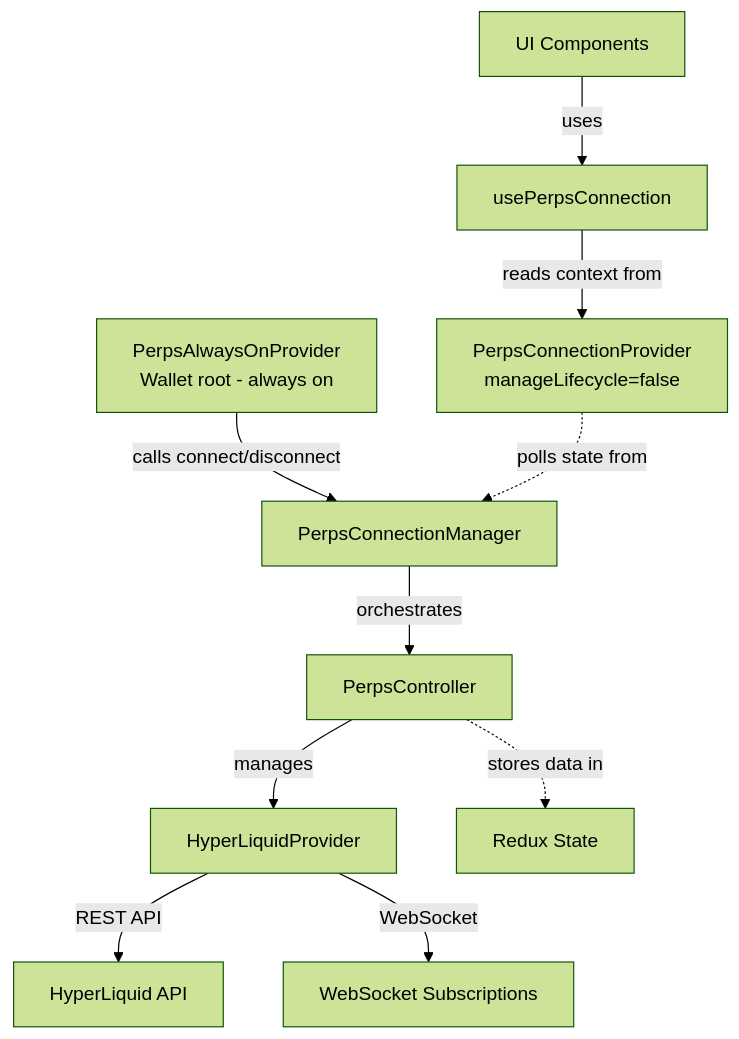
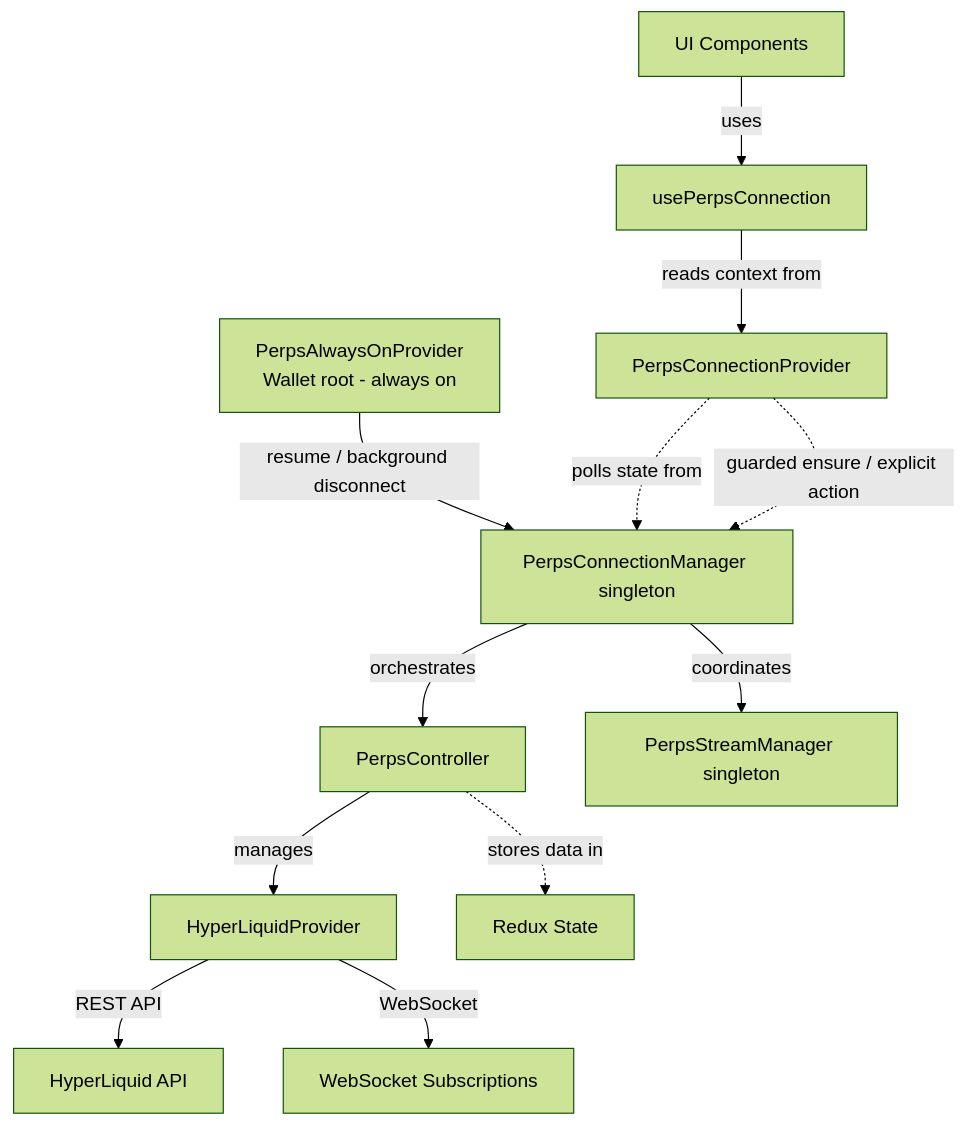
The first of 3 diagrams in docs/perps/perps-connection-architecture.md (MetaMask/metamask-mobile), drawn with Mermaid (forest theme) before and after one commit. The commit also changed other lines of this file and 4 other files, not shown here.

Commit message:
docs(perps): clarify connection and trace ownership

````diff
--- a/docs/perps/perps-connection-architecture.md
+++ b/docs/perps/perps-connection-architecture.md
@@ -11,13 +18,15 @@
 ```mermaid
 graph TD
-    AOProv[PerpsAlwaysOnProvider<br/>Wallet root - always on] -->|calls connect/disconnect| Manager[PerpsConnectionManager]
+    AOProv[PerpsAlwaysOnProvider<br/>Wallet root - always on] -->|resume / background disconnect| Manager[PerpsConnectionManager singleton]
     UI[UI Components] -->|uses| Hook[usePerpsConnection]
-    Hook -->|reads context from| Provider[PerpsConnectionProvider<br/>manageLifecycle=false]
+    Hook -->|reads context from| Provider[PerpsConnectionProvider]
     Provider -.polls state from.-> Manager
+    Provider -.guarded ensure / explicit action.-> Manager
     Manager -->|orchestrates| Controller[PerpsController]
+    Manager -->|coordinates| Streams[PerpsStreamManager singleton]
     Controller -->|manages| HP[HyperLiquidProvider]
     HP -->|REST API| API[HyperLiquid API]
     HP -->|WebSocket| WS[WebSocket Subscriptions]
 
     Controller -.stores data in.-> Redux[Redux State]
 ```
````
